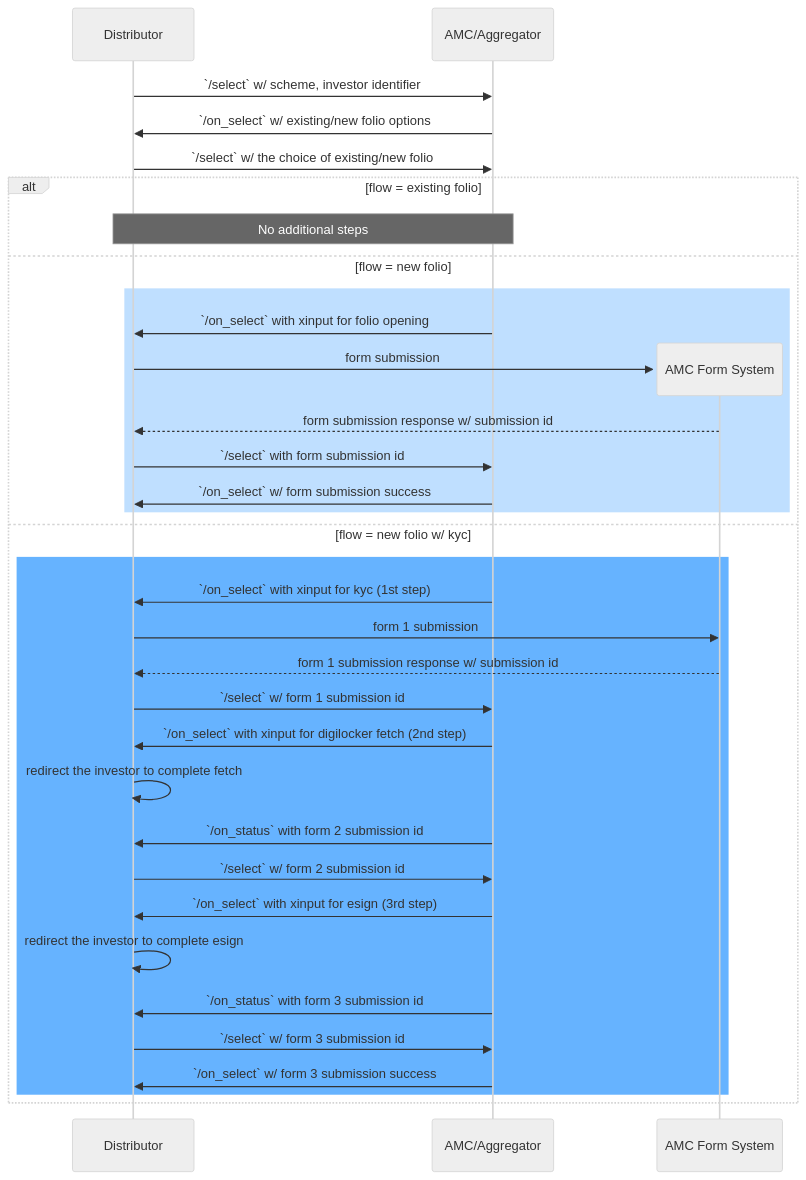
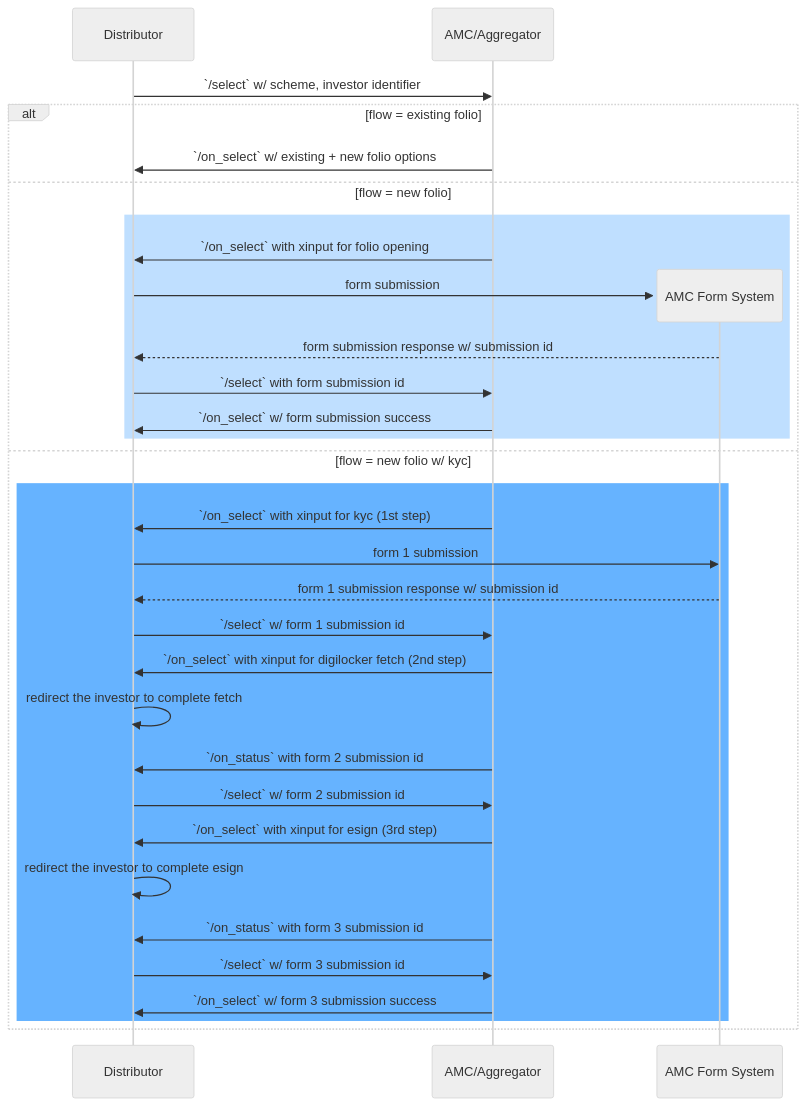
One commit to ONDC-Official/ONDC-FIS-Specifications changed the first of 5 diagrams in api/components/docs/stage-order.md. Above: the diagram before and after it, drawn with Mermaid (neutral theme). The commit also changed other lines of this file and 31 other files, not shown here.

````diff
--- a/api/components/docs/stage-order.md
+++ b/api/components/docs/stage-order.md
@@ -22,36 +37,34 @@
 ```mermaid
 sequenceDiagram
     participant bap AS Distributor
     participant bpp AS AMC/Aggregator
     bap ->> bpp: `/select` w/ scheme, investor identifier
-    bpp ->> bap: `/on_select` w/ existing/new folio options
-    bap ->> bpp: `/select` w/ the choice of existing/new folio
     alt flow = existing folio
-        Note over bap, bpp: No additional steps
+        bpp ->> bap: `/on_select` w/ existing + new folio options
     else flow = new folio
         rect rgb(191, 223, 255)
             bpp ->> bap: `/on_select` with xinput for folio opening
             create participant fs AS AMC Form System
             bap ->> fs: form submission
             fs -->> bap: form submission response w/ submission id
             bap ->> bpp: `/select` with form submission id
             bpp ->> bap: `/on_select` w/ form submission success
         end
     else flow = new folio w/ kyc
         rect rgb(102,179,255)
             bpp ->> bap: `/on_select` with xinput for kyc (1st step)
             bap ->> fs: form 1 submission
             fs -->> bap: form 1 submission response w/ submission id
             bap ->> bpp: `/select` w/ form 1 submission id
             bpp ->> bap: `/on_select` with xinput for digilocker fetch (2nd step)
             bap ->> bap: redirect the investor to complete fetch
             bpp ->> bap: `/on_status` with form 2 submission id
             bap ->> bpp: `/select` w/ form 2 submission id
             bpp ->> bap: `/on_select` with xinput for esign (3rd step)
             bap ->> bap: redirect the investor to complete esign
             bpp ->> bap: `/on_status` with form 3 submission id
             bap ->> bpp: `/select` w/ form 3 submission id
             bpp ->> bap: `/on_select` w/ form 3 submission success
         end
     end
 ```
````
